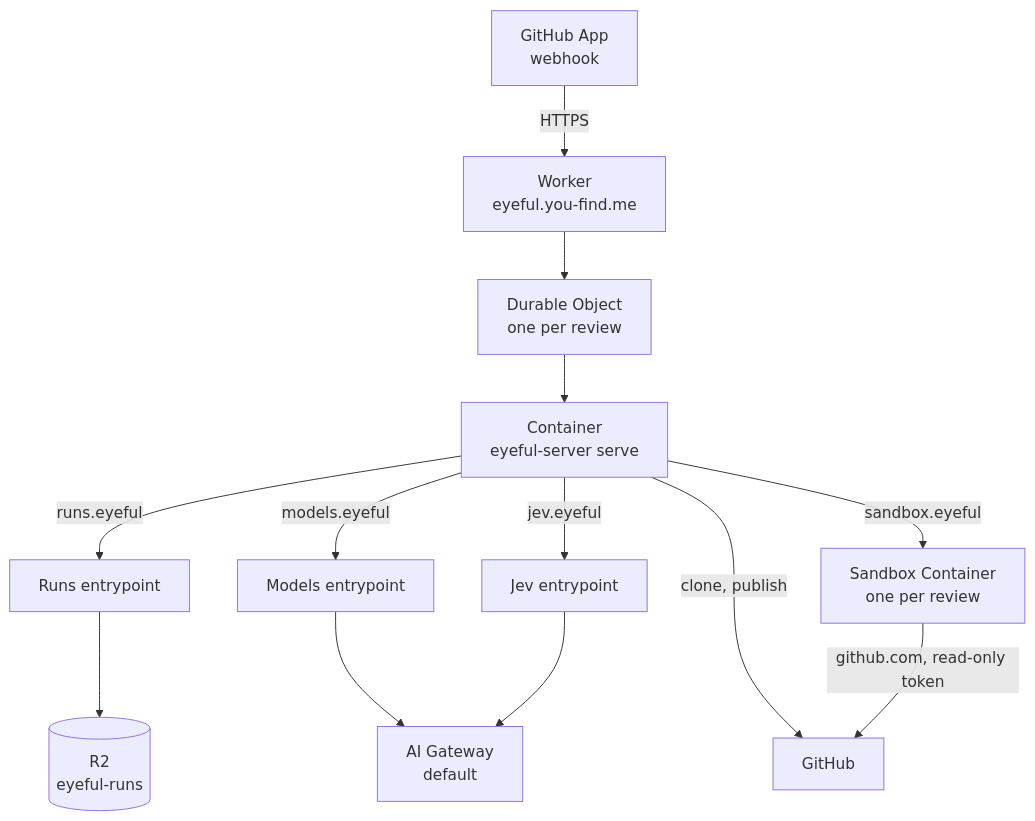
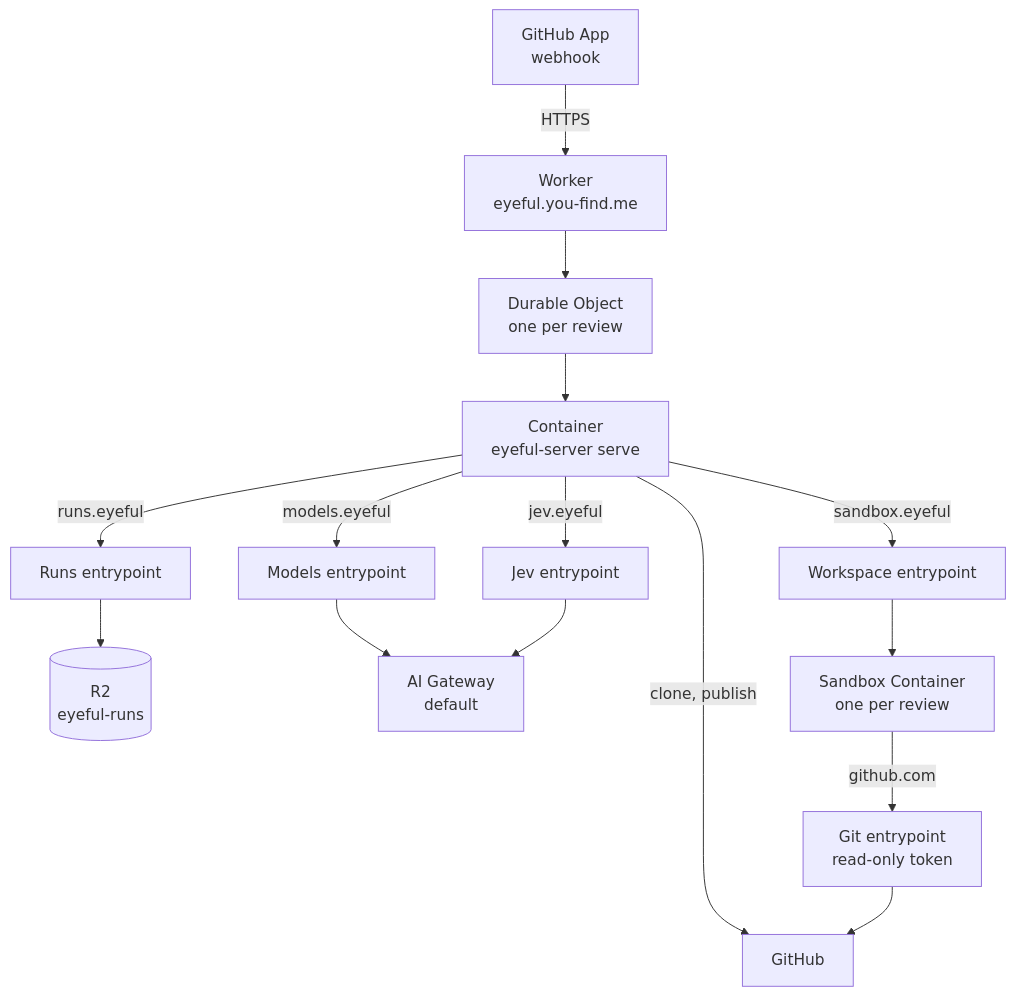
The first of 2 diagrams in docs/cloud/DEPLOYMENT.md (Pleasurecruise/eyeful), drawn with Mermaid before and after one commit. The commit also changed 8 other files, not shown here.

Commit message:
refactor(worker): run the sandbox as a native Durable Object Container behind Workspace and Git entrypoints

````diff
--- a/docs/cloud/DEPLOYMENT.md
+++ b/docs/cloud/DEPLOYMENT.md
@@ -30,12 +30,12 @@
 ```mermaid
 flowchart TB
     gh["GitHub App<br/>webhook"] -->|HTTPS| worker["Worker<br/>eyeful.you-find.me"]
     worker --> do["Durable Object<br/>one per review"]
     do --> server["Container<br/>eyeful-server serve"]
     server -->|"runs.eyeful"| runs["Runs entrypoint"] --> r2[("R2<br/>eyeful-runs")]
     server -->|"models.eyeful"| models["Models entrypoint"] --> gateway["AI Gateway<br/>default"]
     server -->|"jev.eyeful"| jev["Jev entrypoint"] --> gateway
     server -->|clone, publish| github["GitHub"]
-    server -->|"sandbox.eyeful"| sandbox["Sandbox Container<br/>one per review"]
-    sandbox -->|"github.com, read-only token"| github
+    server -->|"sandbox.eyeful"| workspace["Workspace entrypoint"] --> sandbox["Sandbox Container<br/>one per review"]
+    sandbox -->|"github.com"| git["Git entrypoint<br/>read-only token"] --> github
 ```
````
